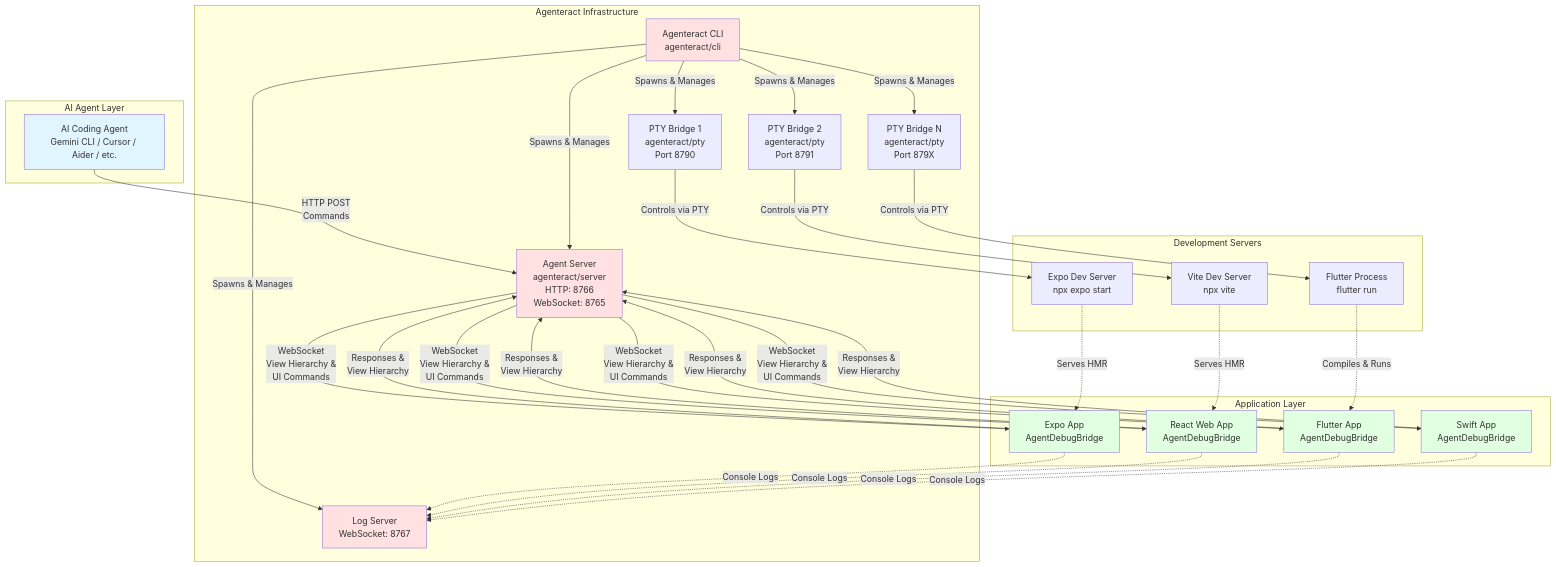
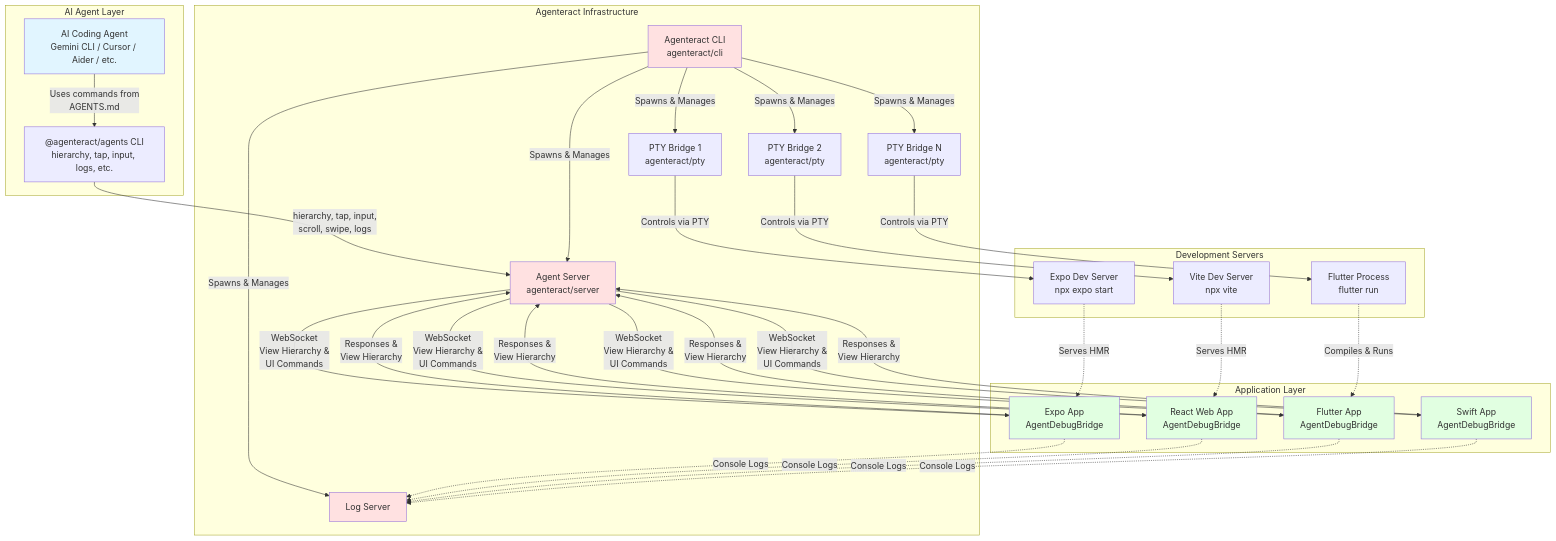
Before and after one commit to agenteract/agenteract: the second of 9 diagrams in docs/ARCHITECTURE.md, drawn with Mermaid. The commit also changed other lines of this file, not shown here.

First line of the commit message:
docs: update system architecture to show @agenteract/agents CLI as agent interface

````diff
--- a/docs/ARCHITECTURE.md
+++ b/docs/ARCHITECTURE.md
@@ -132,67 +134,69 @@
 ```mermaid
 graph TB
     subgraph "AI Agent Layer"
         AGENT[AI Coding Agent<br/>Gemini CLI / Cursor / Aider / etc.]
+        AGENTS_CLI["@agenteract/agents CLI<br/>hierarchy, tap, input, logs, etc."]
     end
 
     subgraph "Agenteract Infrastructure"
         CLI["Agenteract CLI<br/>agenteract/cli"]
-        SERVER["Agent Server<br/>agenteract/server<br/>HTTP: 8766<br/>WebSocket: 8765"]
-        LOGSERVER["Log Server<br/>WebSocket: 8767"]
-        PTY1["PTY Bridge 1<br/>agenteract/pty<br/>Port 8790"]
-        PTY2["PTY Bridge 2<br/>agenteract/pty<br/>Port 8791"]
-        PTY3["PTY Bridge N<br/>agenteract/pty<br/>Port 879X"]
+        SERVER["Agent Server<br/>agenteract/server"]
+        LOGSERVER["Log Server"]
+        PTY1["PTY Bridge 1<br/>agenteract/pty"]
+        PTY2["PTY Bridge 2<br/>agenteract/pty"]
+        PTY3["PTY Bridge N<br/>agenteract/pty"]
     end
 
     subgraph "Application Layer"
         APP1[Expo App<br/>AgentDebugBridge]
         APP2[React Web App<br/>AgentDebugBridge]
         APP3[Flutter App<br/>AgentDebugBridge]
         APP4[Swift App<br/>AgentDebugBridge]
     end
 
     subgraph "Development Servers"
         DEV1[Expo Dev Server<br/>npx expo start]
         DEV2[Vite Dev Server<br/>npx vite]
         DEV3[Flutter Process<br/>flutter run]
     end
 
-    AGENT -->|HTTP POST<br/>Commands| SERVER
+    AGENT -->|Uses commands from<br/>AGENTS.md| AGENTS_CLI
+    AGENTS_CLI -->|hierarchy, tap, input,<br/>scroll, swipe, logs| SERVER
     SERVER -->|WebSocket<br/>View Hierarchy &<br/>UI Commands| APP1
     SERVER -->|WebSocket<br/>View Hierarchy &<br/>UI Commands| APP2
     SERVER -->|WebSocket<br/>View Hierarchy &<br/>UI Commands| APP3
     SERVER -->|WebSocket<br/>View Hierarchy &<br/>UI Commands| APP4
 
     CLI -->|Spawns & Manages| SERVER
     CLI -->|Spawns & Manages| LOGSERVER
     CLI -->|Spawns & Manages| PTY1
     CLI -->|Spawns & Manages| PTY2
     CLI -->|Spawns & Manages| PTY3
 
     PTY1 -->|Controls via PTY| DEV1
     PTY2 -->|Controls via PTY| DEV2
     PTY3 -->|Controls via PTY| DEV3
 
     DEV1 -.->|Serves HMR| APP1
     DEV2 -.->|Serves HMR| APP2
     DEV3 -.->|Compiles & Runs| APP3
 
     APP1 -->|Responses &<br/>View Hierarchy| SERVER
     APP2 -->|Responses &<br/>View Hierarchy| SERVER
     APP3 -->|Responses &<br/>View Hierarchy| SERVER
     APP4 -->|Responses &<br/>View Hierarchy| SERVER
 
     APP1 -.->|Console Logs| LOGSERVER
     APP2 -.->|Console Logs| LOGSERVER
     APP3 -.->|Console Logs| LOGSERVER
     APP4 -.->|Console Logs| LOGSERVER
 
     style AGENT fill:#e1f5ff
     style SERVER fill:#ffe1e1
     style LOGSERVER fill:#ffe1e1
     style CLI fill:#ffe1e1
     style APP1 fill:#e1ffe1
     style APP2 fill:#e1ffe1
     style APP3 fill:#e1ffe1
     style APP4 fill:#e1ffe1
 ```
````
